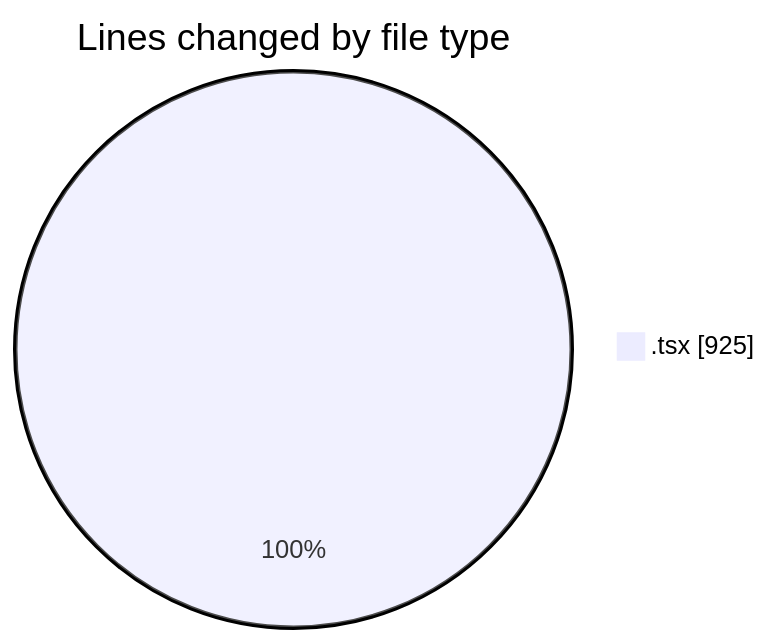
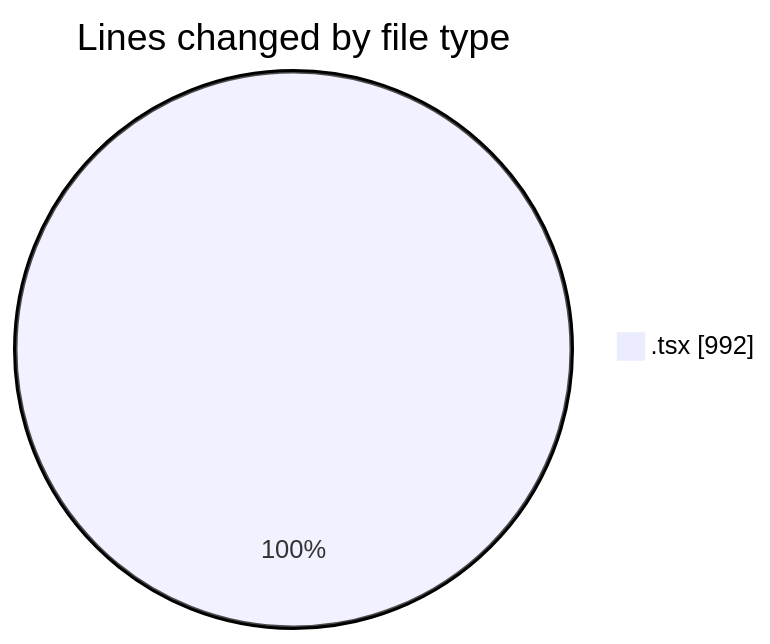
Before and after one commit to momahboobian/code-tracking: the first of 2 diagrams in 2026-11-11/cda/README.md, drawn with Mermaid. The commit also changed other lines of this file and 1 other file, not shown here.

````diff
--- a/2026-11-11/cda/README.md
+++ b/2026-11-11/cda/README.md
@@ -22,5 +23,5 @@
 ```mermaid
 pie showData
 title Lines changed by file type
-".tsx" : 925
+".tsx" : 992
 ```
````
